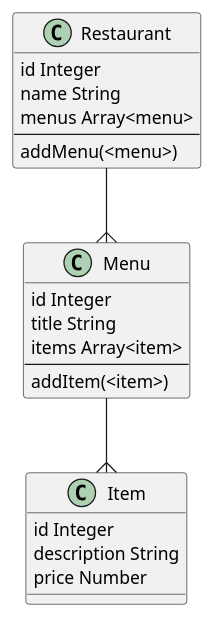
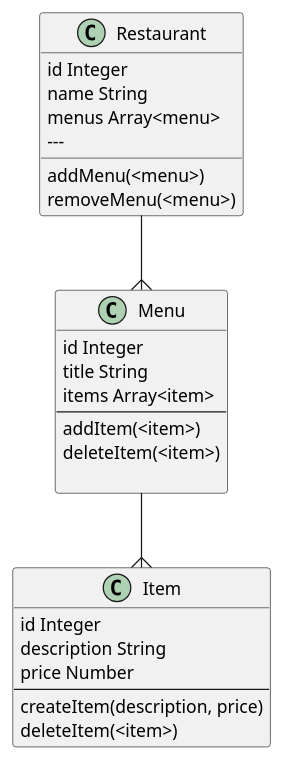
One commit to isabellaaston/restaurantApp changed the diagram in restaurants.plantuml. Above: the diagram before and after it, drawn with PlantUML. The commit also changed 22 other files, not shown here.

```diff
--- a/restaurants.plantuml
+++ b/restaurants.plantuml
@@ -1,25 +1,31 @@
 @startuml classes
 class Restaurant {
    id Integer 
    name String
    menus Array<menu>
-   ---
+   ---   
    addMenu(<menu>)
+   removeMenu(<menu>)
 }
 class Menu {
     id Integer
     title String
     items Array<item>
     ---
     addItem(<item>)
+    deleteItem(<item>)
+
 }
 class Item {
     id Integer
     description String
     price Number
+    ---
+    createItem(description, price)
+    deleteItem(<item>)
 }
 
-Restaurant --{ Menu
-Menu --{Item
+Restaurant --{ Menu 
+Menu --{ Item
 
 @enduml
```
